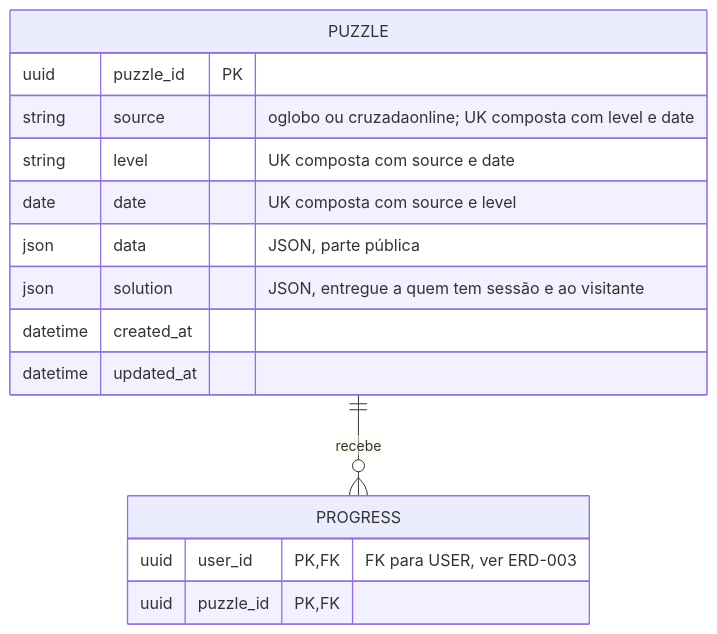
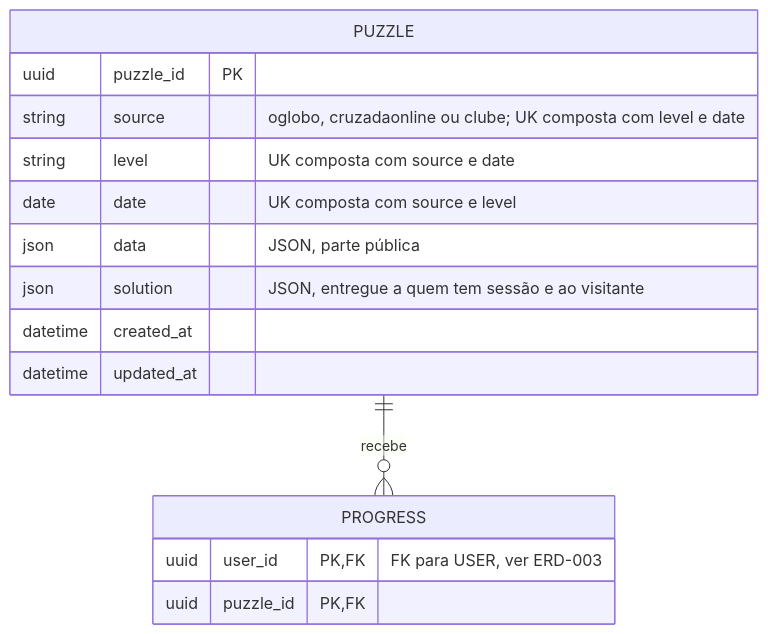
Before and after one commit to BrunoYTanaka/cruzadinha: the diagram in docs/entity-relationship-diagrams/ERD-002-coleta-puzzles.md, drawn with Mermaid. The commit also changed 14 other files, not shown here.

````diff
--- a/docs/entity-relationship-diagrams/ERD-002-coleta-puzzles.md
+++ b/docs/entity-relationship-diagrams/ERD-002-coleta-puzzles.md
@@ -1,20 +1,20 @@
 ```mermaid
 erDiagram
     PUZZLE {
         uuid puzzle_id PK
-        string source "oglobo ou cruzadaonline; UK composta com level e date"
+        string source "oglobo, cruzadaonline ou clube; UK composta com level e date"
         string level "UK composta com source e date"
         date date "UK composta com source e level"
         json data "JSON, parte pública"
         json solution "JSON, entregue a quem tem sessão e ao visitante"
         datetime created_at
         datetime updated_at
     }
 
     PROGRESS {
         uuid user_id PK, FK "FK para USER, ver ERD-003"
         uuid puzzle_id PK, FK
     }
 
     PUZZLE ||--o{ PROGRESS : "recebe"
 ```
````
